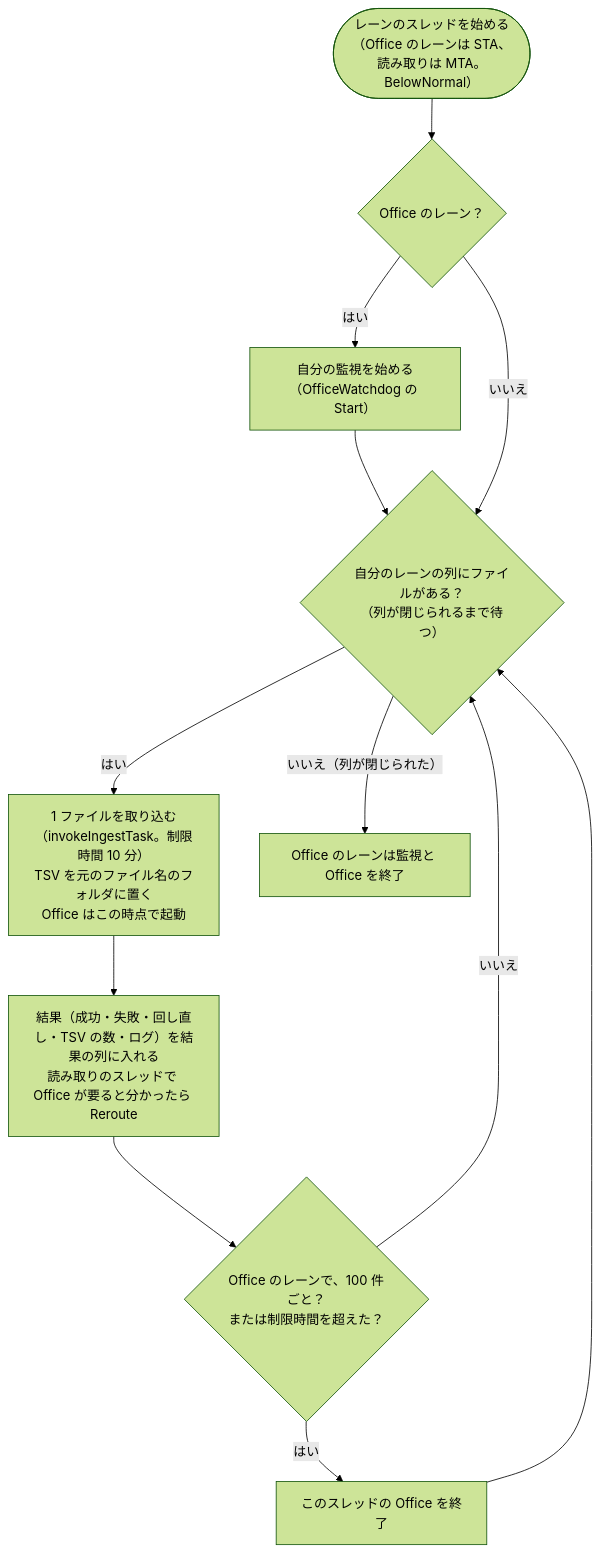
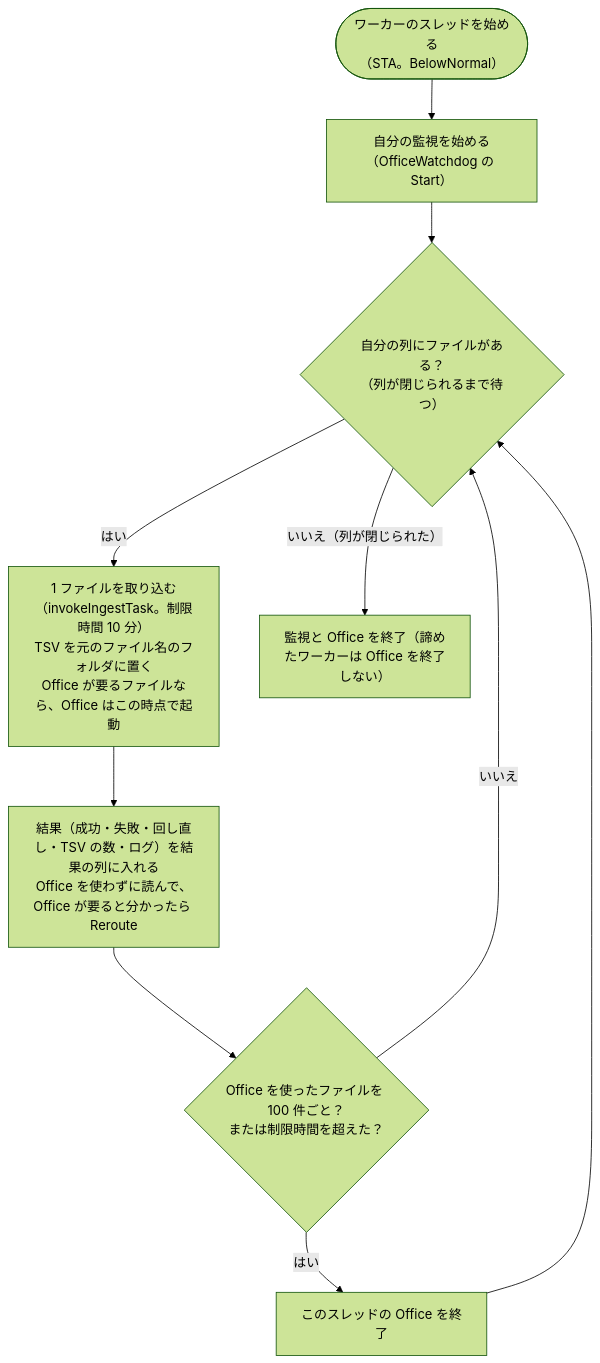
One commit to hsgwa/tebunko changed the second of 2 diagrams in docs/design/indexing/flow.md. Above: the diagram before and after it, drawn with Mermaid (forest theme). The commit also changed other lines of this file and 28 other files, not shown here.

````diff
--- a/docs/design/indexing/flow.md
+++ b/docs/design/indexing/flow.md
@@ -55,12 +55,11 @@
 ```mermaid
 flowchart TD
-    A(["レーンのスレッドを始める<br>（Office のレーンは STA、読み取りは MTA。BelowNormal）"]) --> OW{"Office のレーン？"}
-    OW -- はい --> W["自分の監視を始める（OfficeWatchdog の Start）"] --> Q
-    OW -- いいえ --> Q{"自分のレーンの列にファイルがある？<br>（列が閉じられるまで待つ）"}
-    Q -- はい --> F["1 ファイルを取り込む（invokeIngestTask。制限時間 10 分）<br>TSV を元のファイル名のフォルダに置く<br>Office はこの時点で起動"]
-    F --> RES["結果（成功・失敗・回し直し・TSV の数・ログ）を結果の列に入れる<br>読み取りのスレッドで Office が要ると分かったら Reroute"]
-    RES --> RS{"Office のレーンで、100 件ごと？<br>または制限時間を超えた？"}
+    A(["ワーカーのスレッドを始める<br>（STA。BelowNormal）"]) --> OW["自分の監視を始める（OfficeWatchdog の Start）"]
+    OW --> Q{"自分の列にファイルがある？<br>（列が閉じられるまで待つ）"}
+    Q -- はい --> F["1 ファイルを取り込む（invokeIngestTask。制限時間 10 分）<br>TSV を元のファイル名のフォルダに置く<br>Office が要るファイルなら、Office はこの時点で起動"]
+    F --> RES["結果（成功・失敗・回し直し・TSV の数・ログ）を結果の列に入れる<br>Office を使わずに読んで、Office が要ると分かったら Reroute"]
+    RES --> RS{"Office を使ったファイルを 100 件ごと？<br>または制限時間を超えた？"}
     RS -- はい --> RS1["このスレッドの Office を終了"] --> Q
     RS -- いいえ --> Q
-    Q -- "いいえ（列が閉じられた）" --> END["Office のレーンは監視と Office を終了"]
+    Q -- "いいえ（列が閉じられた）" --> END["監視と Office を終了（諦めたワーカーは Office を終了しない）"]
 ```
````
